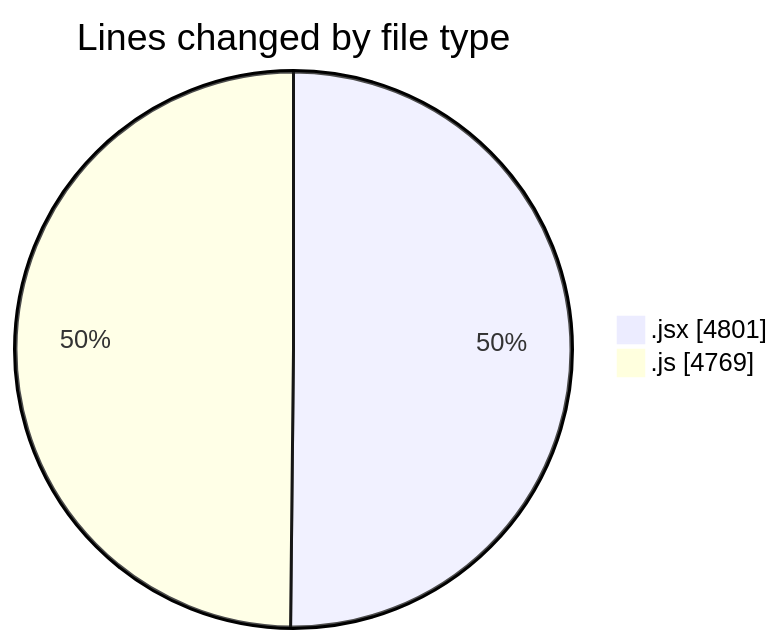
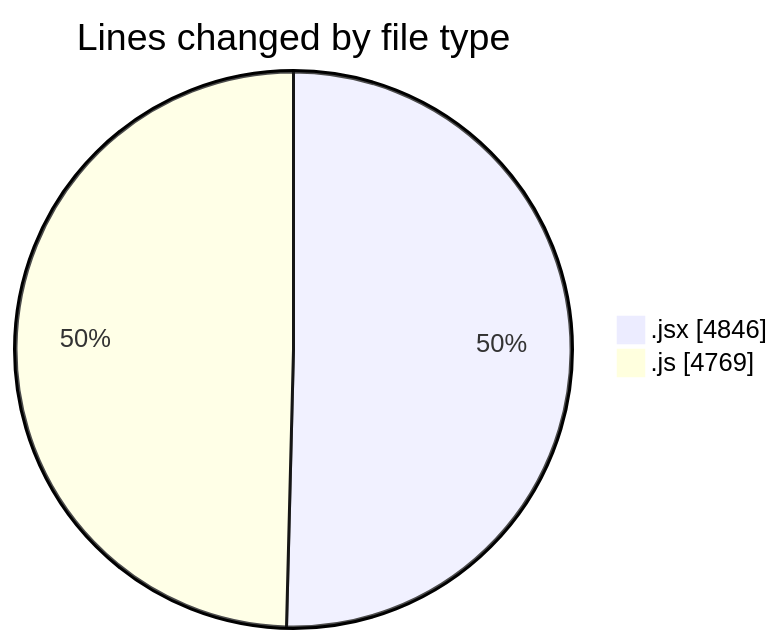
The first of 2 diagrams in 2025-11-06/nxtqube_webapp/README.md (nxtqubesakshisongat/code-tracking), drawn with Mermaid before and after one commit. The commit also changed other lines of this file and 1 other file, not shown here.

````diff
--- a/2025-11-06/nxtqube_webapp/README.md
+++ b/2025-11-06/nxtqube_webapp/README.md
@@ -34,6 +34,6 @@
 ```mermaid
 pie showData
 title Lines changed by file type
-".jsx" : 4801
+".jsx" : 4846
 ".js" : 4769
 ```
````
